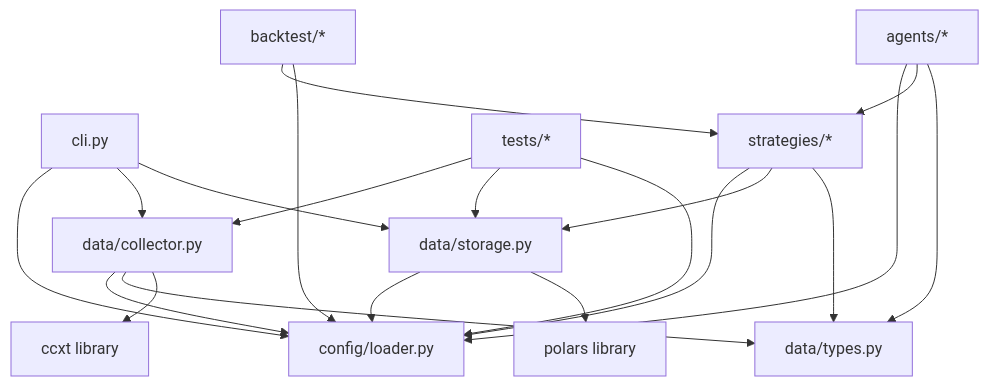
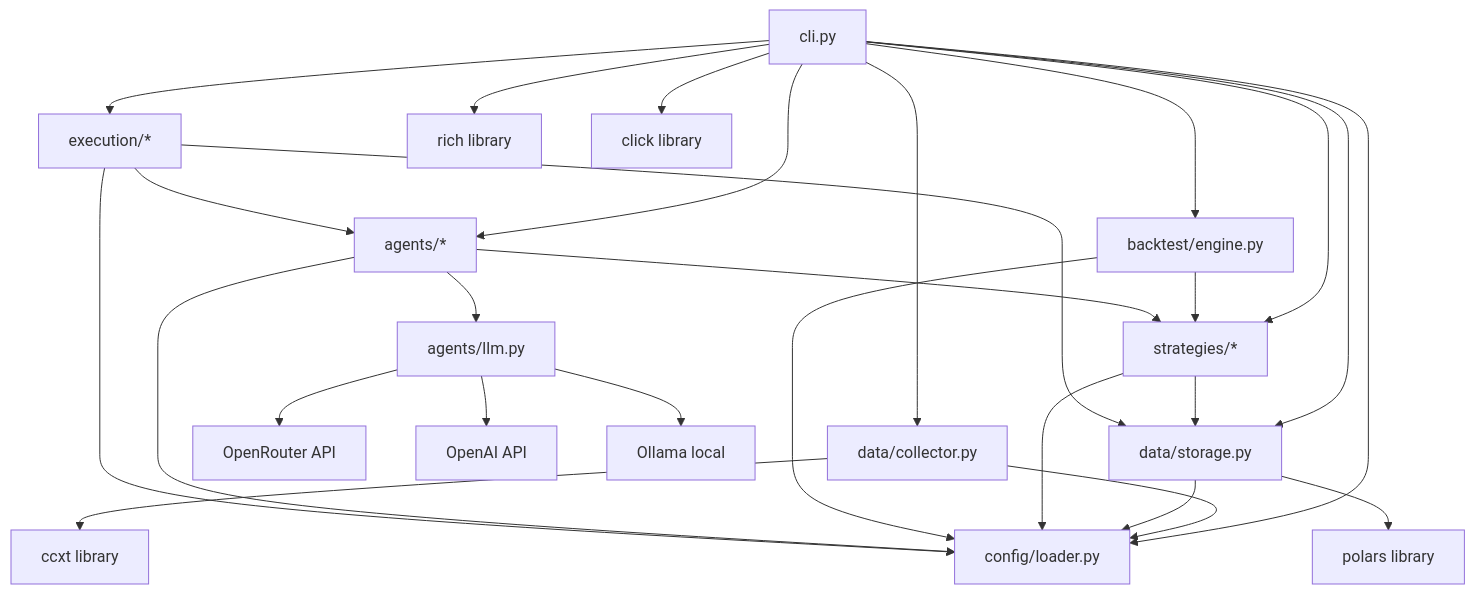
One commit to huythongbk15/LearnTradeAgent changed the diagram in docs/project-structure.md. Above: the diagram before and after it, drawn with Mermaid. The commit also changed other lines of this file and 38 other files, not shown here.

````diff
--- a/docs/project-structure.md
+++ b/docs/project-structure.md
@@ -130,28 +145,35 @@
 ```mermaid
 graph TD
     CLI[cli.py] --> CONFIG[config/loader.py]
     CLI --> COLLECTOR[data/collector.py]
     CLI --> STORAGE[data/storage.py]
+    CLI --> STRAT[strategies/*]
+    CLI --> BT[backtest/engine.py]
+    CLI --> AGENTS[agents/*]
+    CLI --> EXEC[execution/*]
 
     COLLECTOR --> CONFIG
-    COLLECTOR --> TYPES[data/types.py]
     COLLECTOR --> CCXT[ccxt library]
-
     STORAGE --> CONFIG
     STORAGE --> POLARS[polars library]
 
-    STRAT[strategies/*] --> CONFIG
+    STRAT --> CONFIG
     STRAT --> STORAGE
-    STRAT --> TYPES
 
-    BT[backtest/*] --> STRAT
+    BT --> STRAT
     BT --> CONFIG
 
-    AGENTS[agents/*] --> CONFIG
+    AGENTS --> CONFIG
     AGENTS --> STRAT
-    AGENTS --> TYPES
+    AGENTS --> LLM_CLIENT[agents/llm.py]
+    LLM_CLIENT --> OPENROUTER[OpenRouter API]
+    LLM_CLIENT --> OPENAI[OpenAI API]
+    LLM_CLIENT --> OLLAMA[Ollama local]
 
-    TESTS[tests/*] --> COLLECTOR
-    TESTS --> STORAGE
-    TESTS --> CONFIG
+    EXEC --> CONFIG
+    EXEC --> STORAGE
+    EXEC --> AGENTS
+
+    CLI --> RICH[rich library]
+    CLI --> CLICK[click library]
 ```
````
